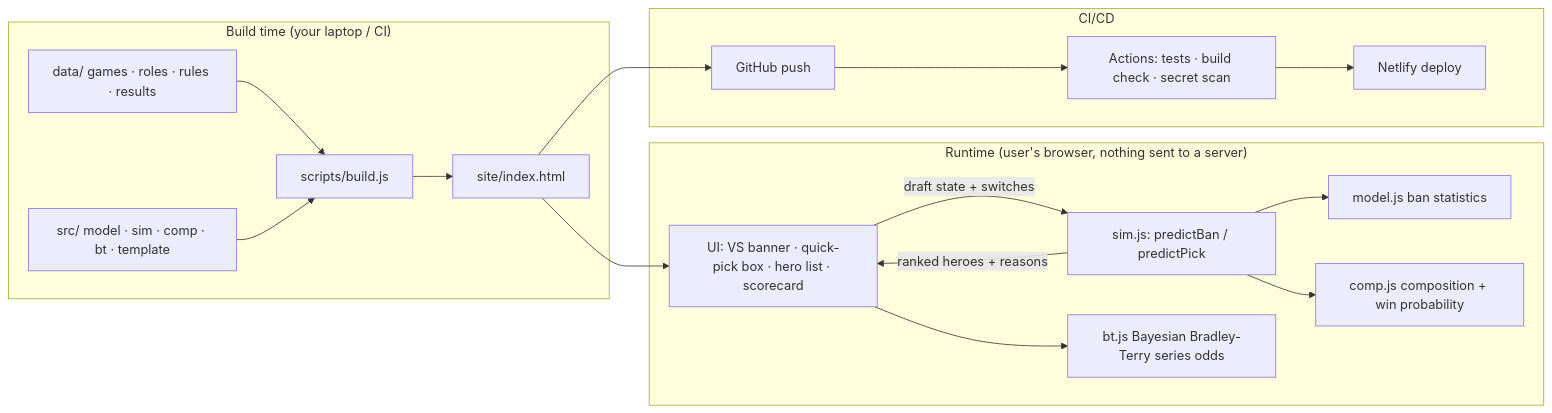
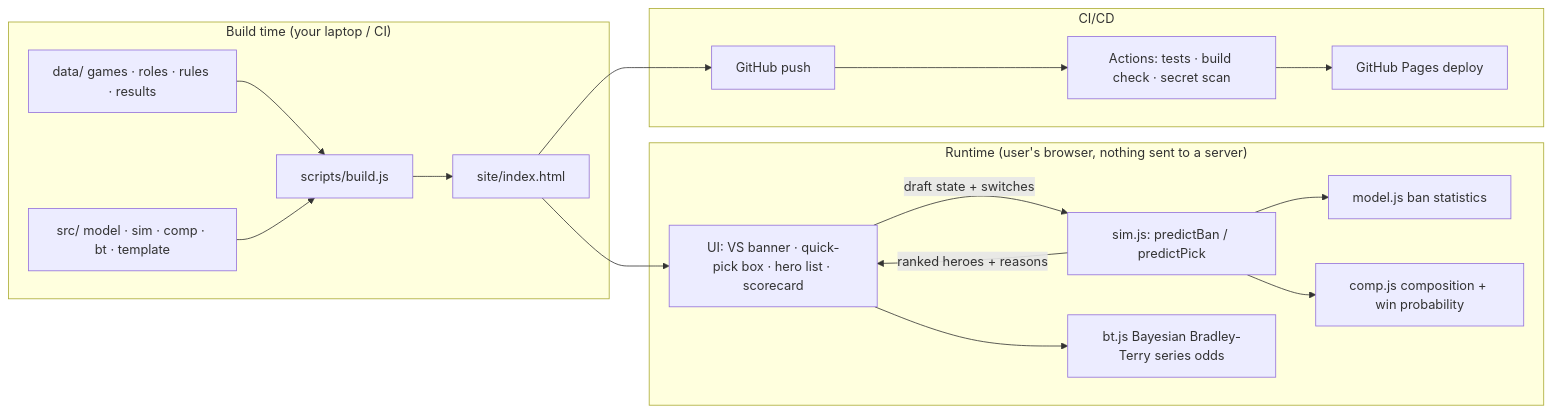
Before and after one commit to dangalura3/stepforward: the diagram in docs/ARCHITECTURE.md, drawn with Mermaid. The commit also changed other lines of this file and 5 other files, not shown here.

Commit message:
docs: point live URL, README and checklist to GitHub Pages

````diff
--- a/docs/ARCHITECTURE.md
+++ b/docs/ARCHITECTURE.md
@@ -5,21 +5,21 @@
 ```mermaid
 flowchart LR
   subgraph Build["Build time (your laptop / CI)"]
     D[data/ games · roles · rules · results] --> B[scripts/build.js]
     S[src/ model · sim · comp · bt · template] --> B
     B --> H[site/index.html]
   end
   subgraph Browser["Runtime (user's browser, nothing sent to a server)"]
     H --> UI[UI: VS banner · quick-pick box · hero list · scorecard]
     UI -->|draft state + switches| SIM[sim.js: predictBan / predictPick]
     SIM --> M[model.js ban statistics]
     SIM --> C[comp.js composition + win probability]
     UI --> BT[bt.js Bayesian Bradley-Terry series odds]
     SIM -->|ranked heroes + reasons| UI
   end
   subgraph Ship["CI/CD"]
     GH[GitHub push] --> CI[Actions: tests · build check · secret scan]
-    CI --> NL[Netlify deploy]
+    CI --> GP[GitHub Pages deploy]
   end
   H --> GH
 ```
````
